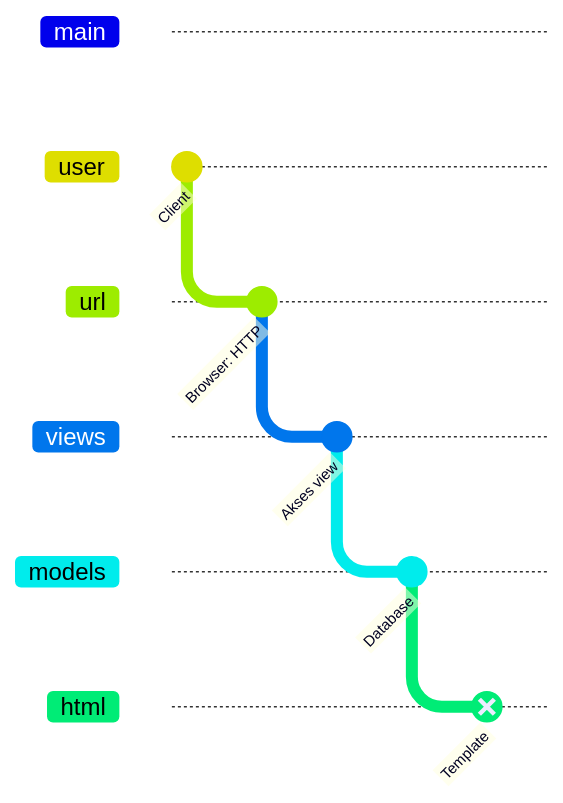
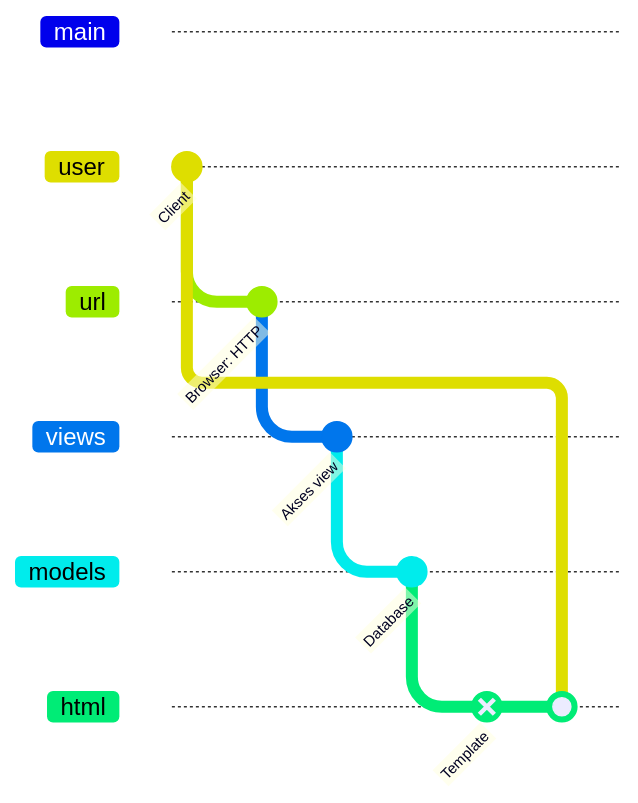
Before and after one commit to codeynamic5/e-commerce: the diagram in README.md, drawn with Mermaid.

````diff
--- a/README.md
+++ b/README.md
@@ -118,19 +118,20 @@
    ```mermaid 
    gitGraph
         branch user
         checkout user
         commit id: "Client"
         branch url
         checkout url
         commit id: "Browser: HTTP"
         branch views
         checkout views
         commit id: "Akses view"
         branch models
         checkout models
         commit id: "Database"
         branch html
         checkout html
         commit id: "Template" type: REVERSE
+        merge user
         checkout user
    ```
````
